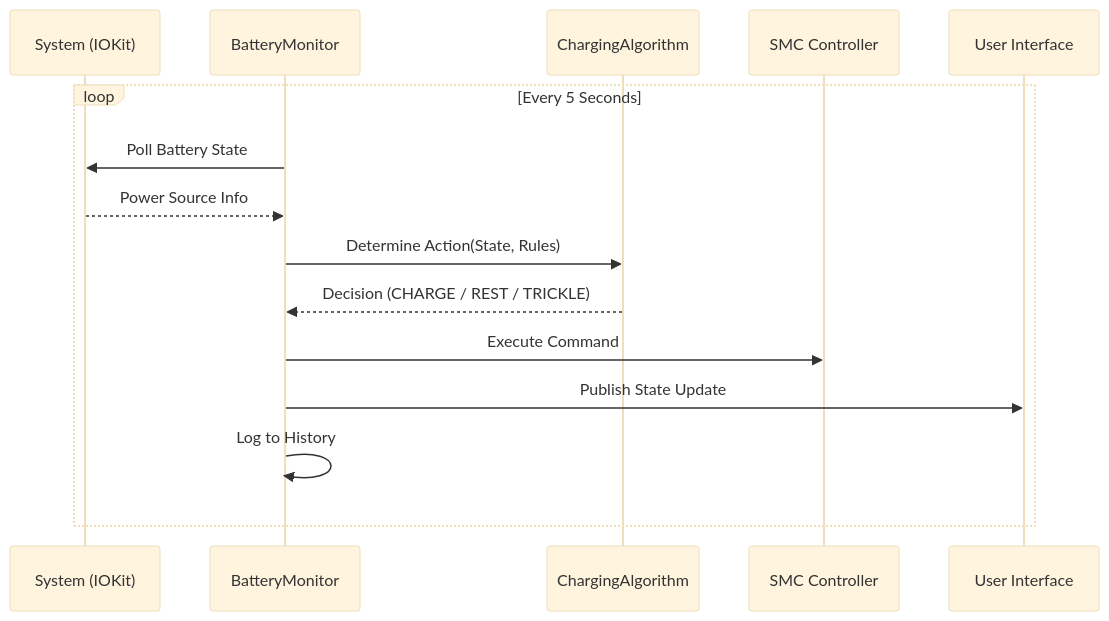
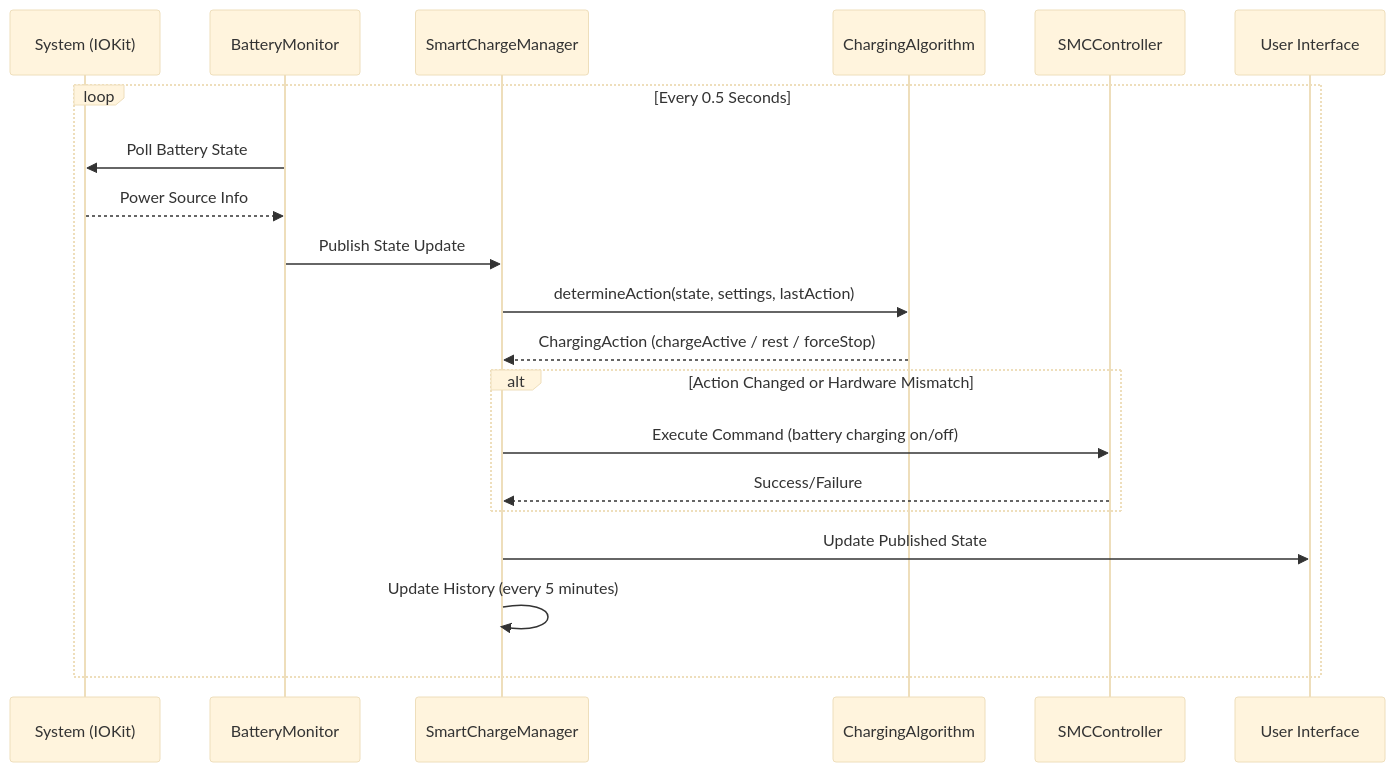
Before and after one commit to calebyhan/smart-charge: the second of 2 diagrams in docs/ARCHITECTURE.md, drawn with Mermaid (base theme). The commit also changed other lines of this file and 23 other files, not shown here.

````diff
--- a/docs/ARCHITECTURE.md
+++ b/docs/ARCHITECTURE.md
@@ -50,21 +56,27 @@
 ```mermaid
 sequenceDiagram
     participant IOKit as System (IOKit)
     participant Monitor as BatteryMonitor
+    participant Manager as SmartChargeManager
     participant Algo as ChargingAlgorithm
-    participant SMC as SMC Controller
+    participant SMC as SMCController
     participant UI as User Interface
 
-    loop Every 5 Seconds
+    loop Every 0.5 Seconds
         Monitor->>IOKit: Poll Battery State
         IOKit-->>Monitor: Power Source Info
-        
-        Monitor->>Algo: Determine Action(State, Rules)
-        Algo-->>Monitor: Decision (CHARGE / REST / TRICKLE)
-        
-        Monitor->>SMC: Execute Command
-        
-        Monitor->>UI: Publish State Update
-        Monitor->>Monitor: Log to History
+
+        Monitor->>Manager: Publish State Update
+
+        Manager->>Algo: determineAction(state, settings, lastAction)
+        Algo-->>Manager: ChargingAction (chargeActive / rest / forceStop)
+
+        alt Action Changed or Hardware Mismatch
+            Manager->>SMC: Execute Command (battery charging on/off)
+            SMC-->>Manager: Success/Failure
+        end
+
+        Manager->>UI: Update Published State
+        Manager->>Manager: Update History (every 5 minutes)
     end
 ```
````
